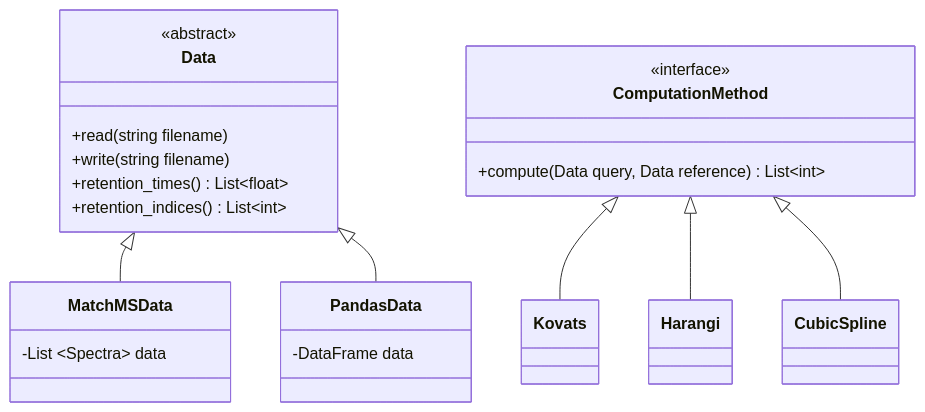
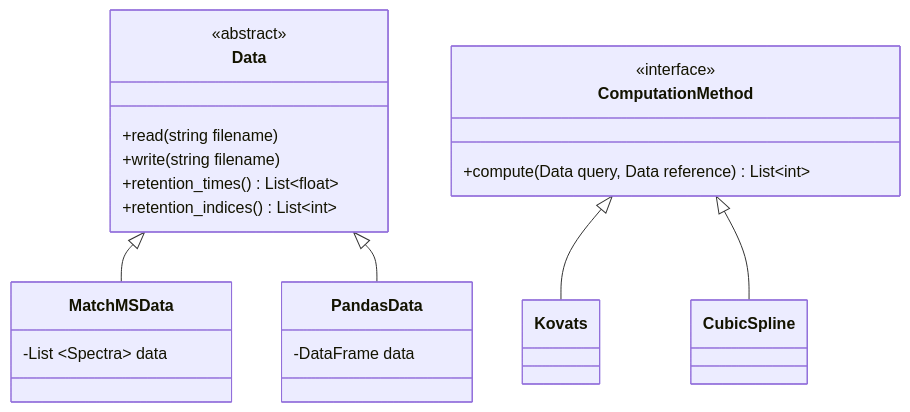
Before and after one commit to RECETOX/RIAssigner: the diagram in README.md, drawn with Mermaid.

Commit message:
Updated diagram

````diff
--- a/README.md
+++ b/README.md
@@ -13,43 +13,39 @@
 ```mermaid
 classDiagram
     class MatchMSData{
         -List ~Spectra~ data
     }
 
     class PandasData {
         -DataFrame data
     }
 
     Data <|-- MatchMSData
     Data <|-- PandasData
 
     class Data{
         <<abstract>>
         +read(string filename)
         +write(string filename)
         +retention_times() List~float~
         +retention_indices() List~int~
     }
 
 
     class ComputationMethod{
         <<interface>>
         +compute(Data query, Data reference) List~int~
 
     }
 
     class Kovats {
 
     }
-    class Harangi {
-
-    }
     class CubicSpline {
 
     }
 
     ComputationMethod <|-- Kovats
-    ComputationMethod <|-- Harangi
     ComputationMethod <|-- CubicSpline
 
 ```
````
